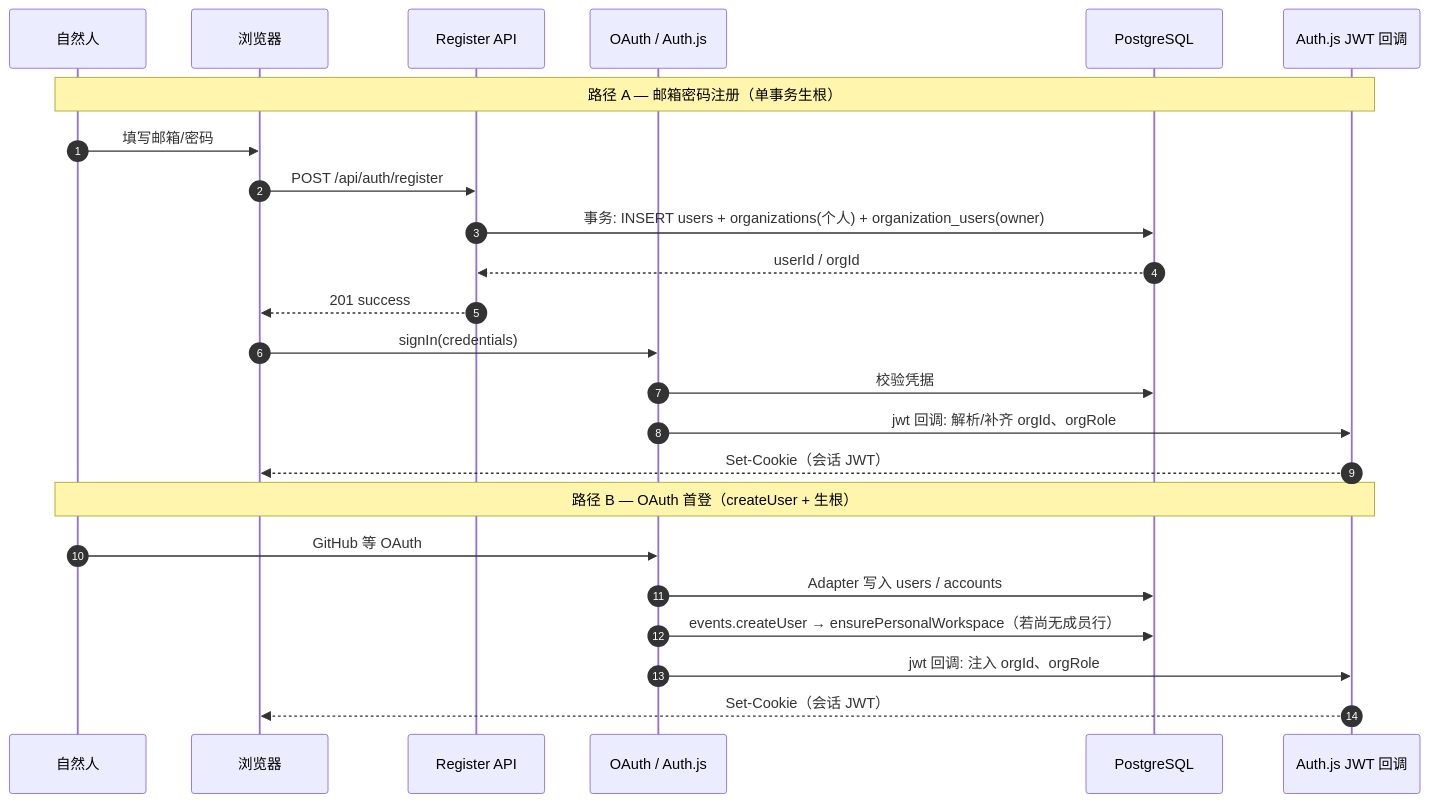
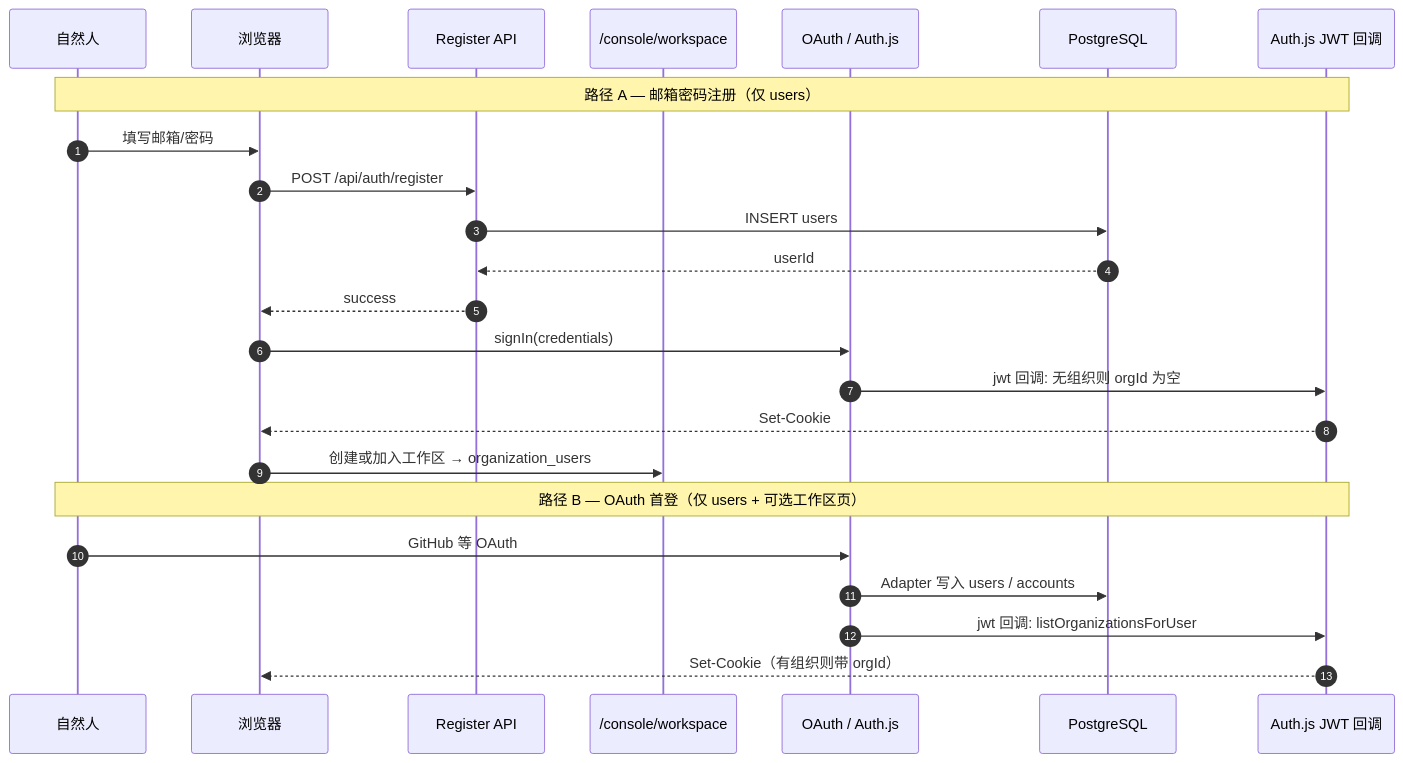
Before and after one commit to Samuel521199/jachin-system: the first of 3 diagrams in docs/whitepaper/05_LAYER1_NEXUS.md, drawn with Mermaid. The commit also changed other lines of this file and 188 other files, not shown here.

````diff
--- a/docs/whitepaper/05_LAYER1_NEXUS.md
+++ b/docs/whitepaper/05_LAYER1_NEXUS.md
@@ -28,28 +34,28 @@
 ```mermaid
 sequenceDiagram
     autonumber
     participant U as 自然人
     participant B as 浏览器
     participant Reg as Register API
+    participant WS as /console/workspace
     participant GH as OAuth / Auth.js
     participant DB as PostgreSQL
     participant JWT as Auth.js JWT 回调
 
-    Note over U,JWT: 路径 A — 邮箱密码注册（单事务生根）
+    Note over U,JWT: 路径 A — 邮箱密码注册（仅 users）
     U->>B: 填写邮箱/密码
     B->>Reg: POST /api/auth/register
-    Reg->>DB: 事务: INSERT users + organizations(个人) + organization_users(owner)
-    DB-->>Reg: userId / orgId
-    Reg-->>B: 201 success
+    Reg->>DB: INSERT users
+    DB-->>Reg: userId
+    Reg-->>B: success
     B->>GH: signIn(credentials)
-    GH->>DB: 校验凭据
-    GH->>JWT: jwt 回调: 解析/补齐 orgId、orgRole
-    JWT-->>B: Set-Cookie（会话 JWT）
+    GH->>JWT: jwt 回调: 无组织则 orgId 为空
+    JWT-->>B: Set-Cookie
+    B->>WS: 创建或加入工作区 → organization_users
 
-    Note over U,JWT: 路径 B — OAuth 首登（createUser + 生根）
+    Note over U,JWT: 路径 B — OAuth 首登（仅 users + 可选工作区页）
     U->>GH: GitHub 等 OAuth
     GH->>DB: Adapter 写入 users / accounts
-    GH->>DB: events.createUser → ensurePersonalWorkspace（若尚无成员行）
-    GH->>JWT: jwt 回调: 注入 orgId、orgRole
-    JWT-->>B: Set-Cookie（会话 JWT）
+    GH->>JWT: jwt 回调: listOrganizationsForUser
+    JWT-->>B: Set-Cookie（有组织则带 orgId）
 ```
````
